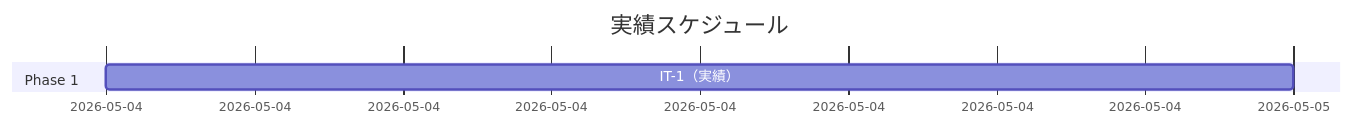
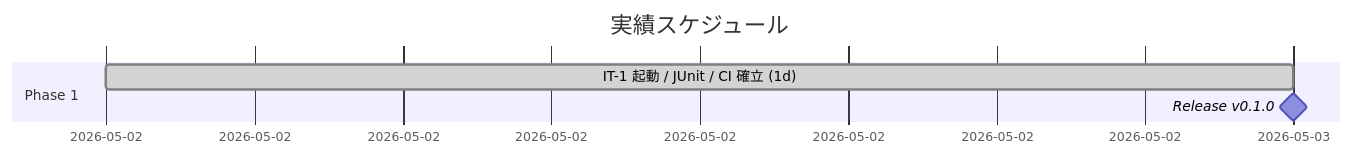
Before and after one commit to k2works/ai-programing-exercise: the second of 3 diagrams in docs/development/release_plan.md, drawn with Mermaid. The commit also changed other lines of this file and 4 other files, not shown here.

````diff
--- a/docs/development/release_plan.md
+++ b/docs/development/release_plan.md
@@ -153,7 +153,8 @@
 ```mermaid
 gantt
     title 実績スケジュール
     dateFormat  YYYY-MM-DD
     section Phase 1
-    IT-1（実績）                    :p1, 2026-05-04, 1d
+    IT-1 起動 / JUnit / CI 確立 (1d) :done, p1, 2026-05-02, 1d
+    Release v0.1.0                  :milestone, m1, after p1, 0d
 ```
````
